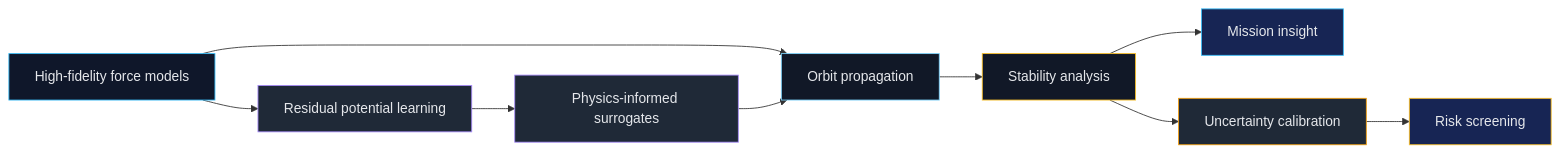
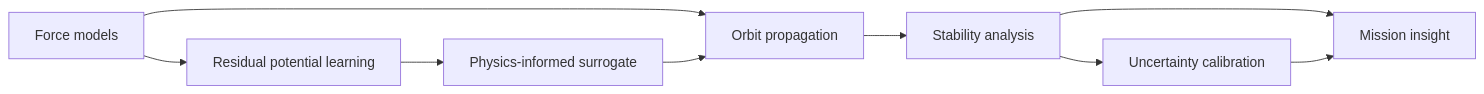
Before and after one commit to ayberkdt/ayberkdt: the diagram in README.md, drawn with Mermaid. The commit also changed other lines of this file, not shown here.

````diff
--- a/README.md
+++ b/README.md
@@ -49,20 +40,11 @@
 ```mermaid
 flowchart LR
-    A["High-fidelity force models"] --> B["Orbit propagation"]
+    A["Force models"] --> B["Orbit propagation"]
     B --> C["Stability analysis"]
     C --> D["Mission insight"]
     A --> E["Residual potential learning"]
-    E --> F["Physics-informed surrogates"]
+    E --> F["Physics-informed surrogate"]
     F --> B
     C --> G["Uncertainty calibration"]
-    G --> H["Risk screening"]
-
-    style A fill:#0f172a,stroke:#38bdf8,color:#e5e7eb
-    style B fill:#111827,stroke:#7dd3fc,color:#e5e7eb
-    style C fill:#111827,stroke:#fbbf24,color:#e5e7eb
-    style D fill:#172554,stroke:#38bdf8,color:#e5e7eb
-    style E fill:#1f2937,stroke:#a78bfa,color:#e5e7eb
-    style F fill:#1f2937,stroke:#a78bfa,color:#e5e7eb
-    style G fill:#1f2937,stroke:#f59e0b,color:#e5e7eb
-    style H fill:#172554,stroke:#fbbf24,color:#e5e7eb
+    G --> D
 ```
````
